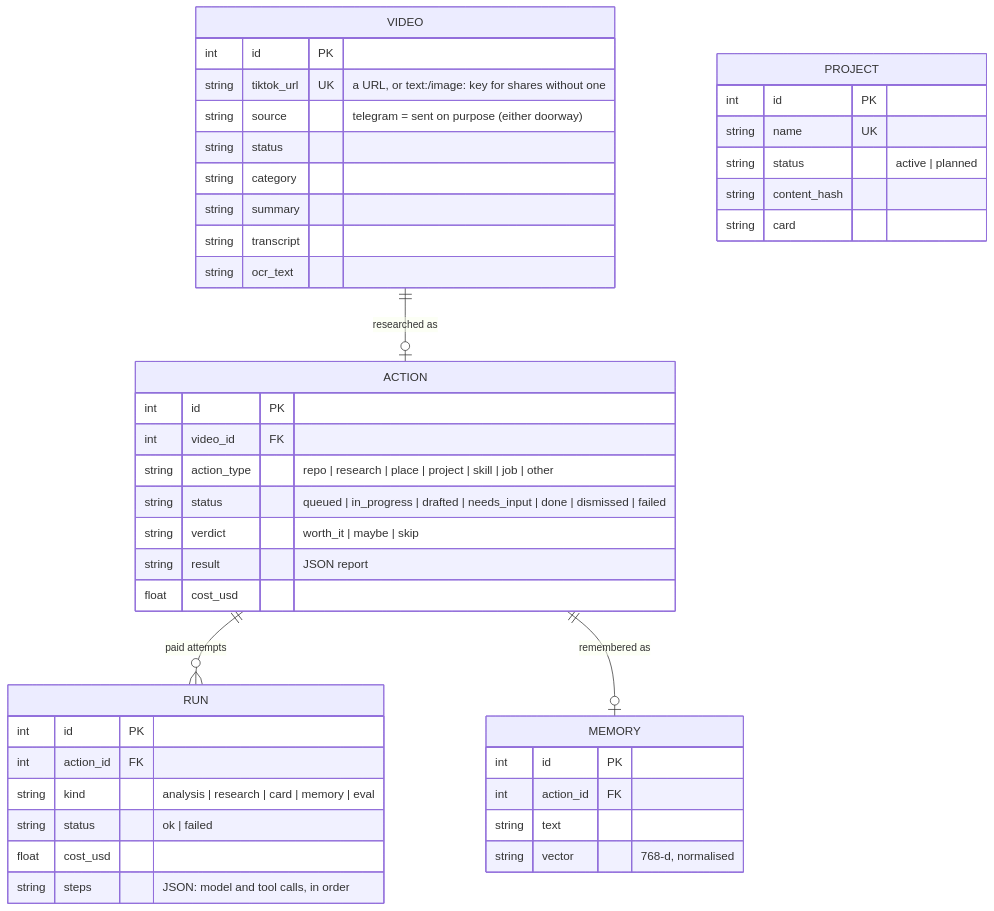
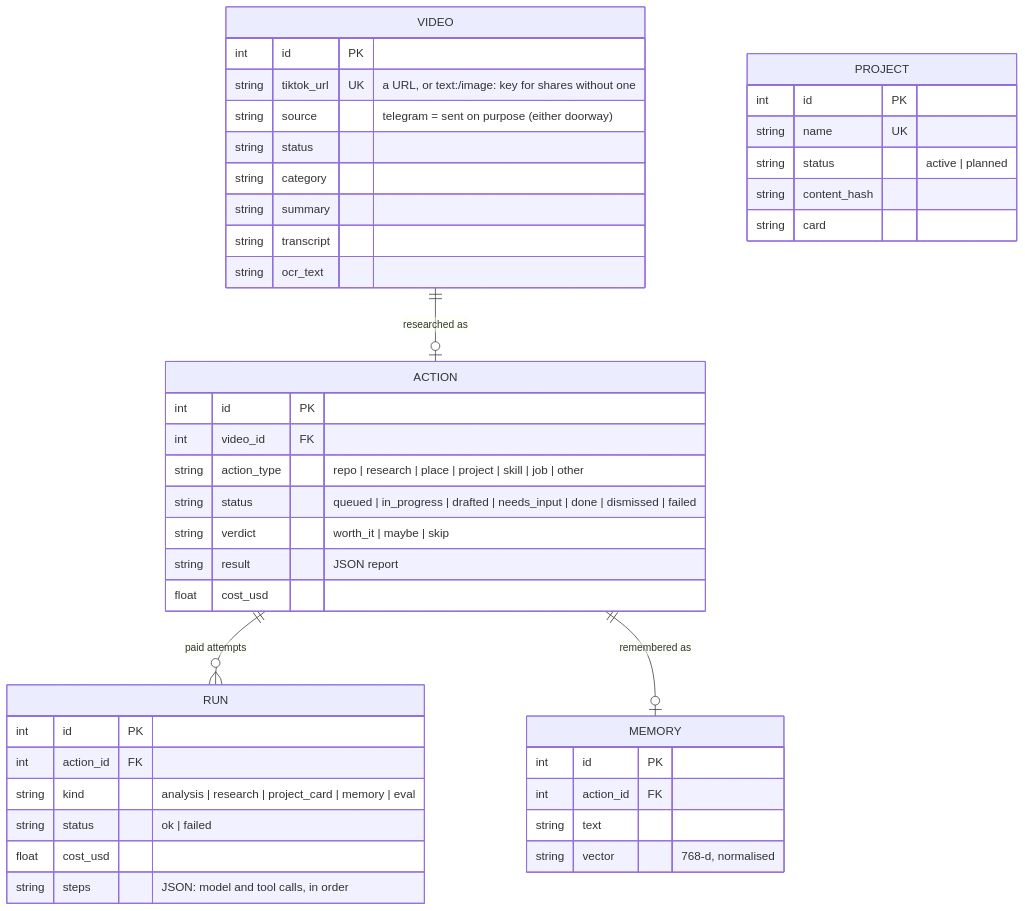
One commit to mattthomas7641/saved-video-intelligence changed the second of 2 diagrams in ARCHITECTURE.md. Above: the diagram before and after it, drawn with Mermaid. The commit also changed other lines of this file and 7 other files, not shown here.

````diff
--- a/ARCHITECTURE.md
+++ b/ARCHITECTURE.md
@@ -36,46 +36,46 @@
 ```mermaid
 erDiagram
     VIDEO ||--o| ACTION : "researched as"
     VIDEO {
         int id PK
         string tiktok_url UK "a URL, or text:/image: key for shares without one"
         string source "telegram = sent on purpose (either doorway)"
         string status
         string category
         string summary
         string transcript
         string ocr_text
     }
     ACTION {
         int id PK
         int video_id FK
         string action_type "repo | research | place | project | skill | job | other"
         string status "queued | in_progress | drafted | needs_input | done | dismissed | failed"
         string verdict "worth_it | maybe | skip"
         string result "JSON report"
         float cost_usd
     }
     ACTION ||--o{ RUN : "paid attempts"
     ACTION ||--o| MEMORY : "remembered as"
     RUN {
         int id PK
         int action_id FK
-        string kind "analysis | research | card | memory | eval"
+        string kind "analysis | research | project_card | memory | eval"
         string status "ok | failed"
         float cost_usd
         string steps "JSON: model and tool calls, in order"
     }
     MEMORY {
         int id PK
         int action_id FK
         string text
         string vector "768-d, normalised"
     }
     PROJECT {
         int id PK
         string name UK
         string status "active | planned"
         string content_hash
         string card
     }
 ```
````
